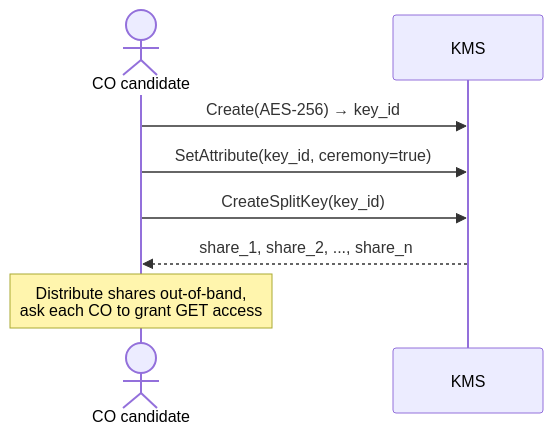
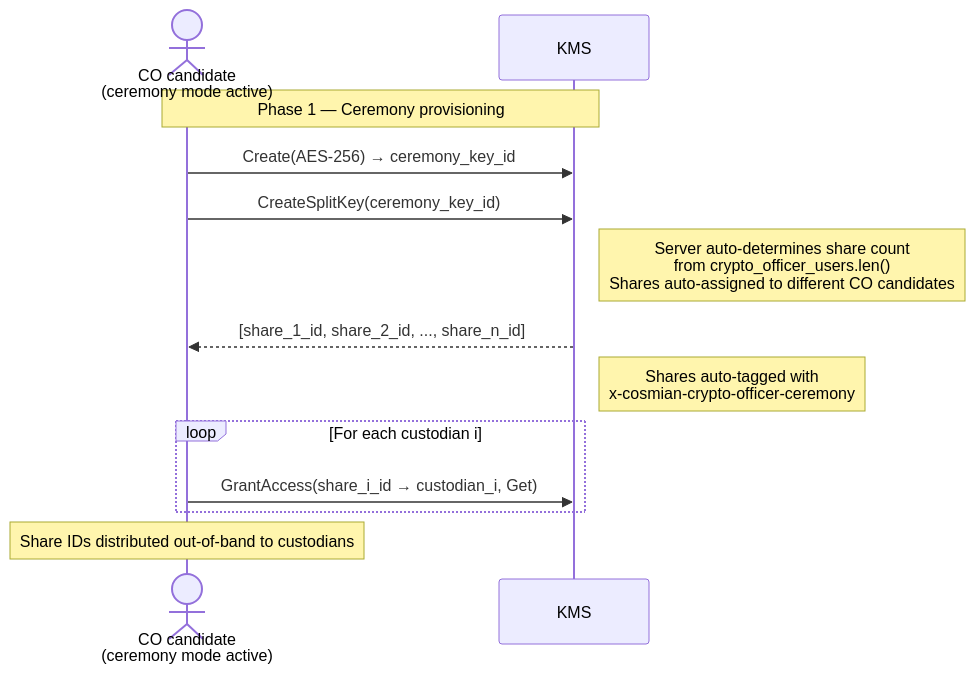
The second of 6 diagrams in documentation/docs/configuration/authorization/key_ceremony.md (Cosmian/kms), drawn with Mermaid before and after one commit. The commit also changed other lines of this file and 79 other files, not shown here.

Commit message:
feat: add admin role under split-key ceremony

````diff
--- a/documentation/docs/configuration/authorization/key_ceremony.md
+++ b/documentation/docs/configuration/authorization/key_ceremony.md
@@ -127,12 +165,21 @@
 ```mermaid
 sequenceDiagram
-    actor Candidate as CO candidate
+    actor Candidate as CO candidate<br/>(ceremony mode active)
     participant KMS
 
-    Candidate->>KMS: Create(AES-256) → key_id
-    Candidate->>KMS: SetAttribute(key_id, ceremony=true)
-    Candidate->>KMS: CreateSplitKey(key_id)
-    KMS-->>Candidate: share_1, share_2, ..., share_n
+    Note over Candidate,KMS: Phase 1 — Ceremony provisioning
 
-    Note over Candidate: Distribute shares out-of-band,<br/>ask each CO to grant GET access
+    Candidate->>KMS: Create(AES-256) → ceremony_key_id
+    Candidate->>KMS: CreateSplitKey(ceremony_key_id)
+    Note right of KMS: Server auto-determines share count<br/>from crypto_officer_users.len()<br/>Shares auto-assigned to different CO candidates
+
+    KMS-->>Candidate: [share_1_id, share_2_id, ..., share_n_id]
+
+    Note right of KMS: Shares auto-tagged with<br/>x-cosmian-crypto-officer-ceremony
+
+    loop For each custodian i
+        Candidate->>KMS: GrantAccess(share_i_id → custodian_i, Get)
+    end
+
+    Note over Candidate: Share IDs distributed out-of-band to custodians
 ```
````
